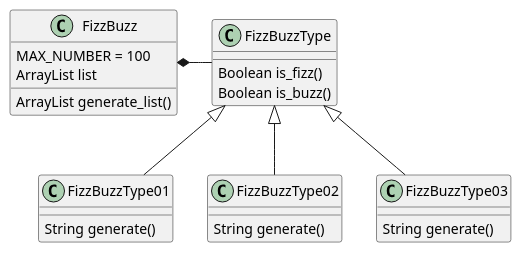
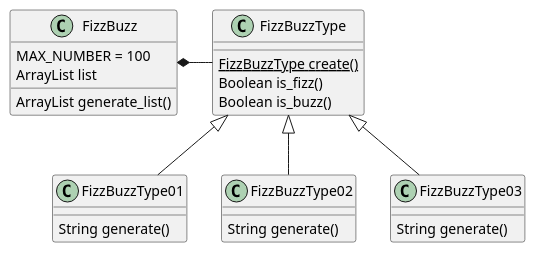
One commit to hiroshima-arc/tdd_rb changed the diagram in docs/src/spec/fizz_buzz.adoc. Above: the diagram before and after it, drawn with PlantUML. The commit also changed 3 other files, not shown here.

Commit message:
docs: クラス図更新

```diff
--- a/docs/src/spec/fizz_buzz.adoc
+++ b/docs/src/spec/fizz_buzz.adoc
@@ -57,30 +57,31 @@
 [plantuml]
 ----
 class FizzBuzz {
     MAX_NUMBER = 100
     ArrayList list
     ArrayList generate_list()
 }
 
 class FizzBuzzType {
+  FizzBuzzType {static} create()
   Boolean is_fizz()
   Boolean is_buzz()
 }
 
 class FizzBuzzType01 {
     String generate()
 }
 
 class FizzBuzzType02 {
     String generate()
 }
 
 class FizzBuzzType03 {
     String generate()
 }
 
 FizzBuzz *- FizzBuzzType
 FizzBuzzType <|-- FizzBuzzType01
 FizzBuzzType <|-- FizzBuzzType02
 FizzBuzzType <|-- FizzBuzzType03
 ----
```
